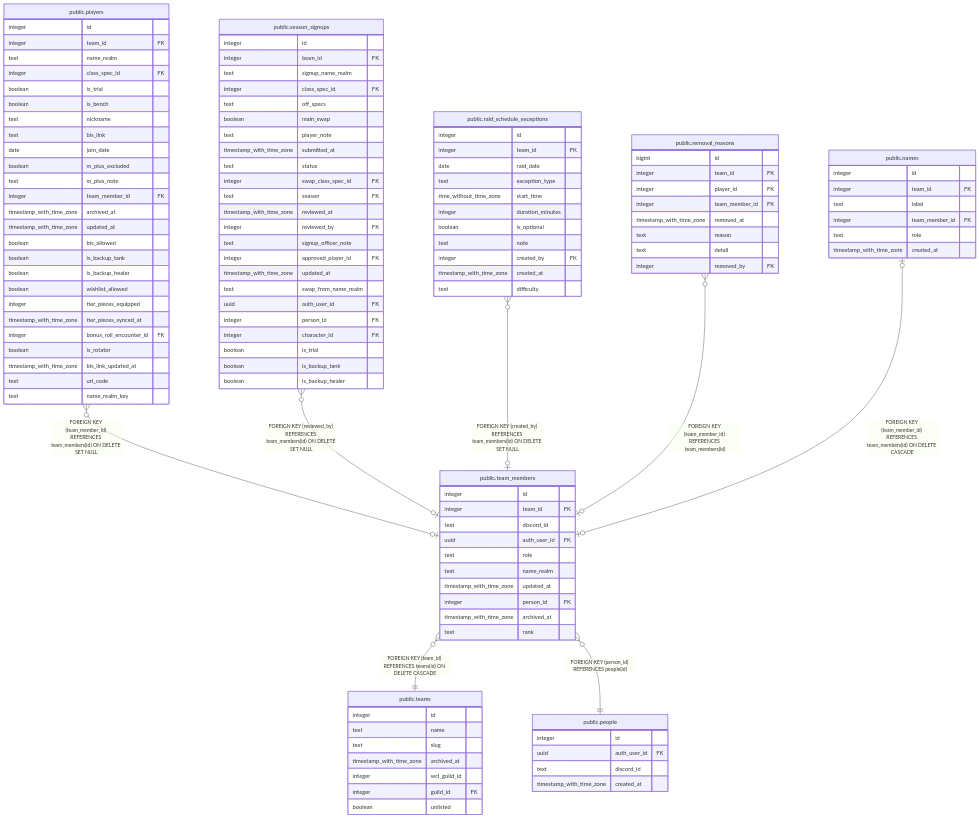
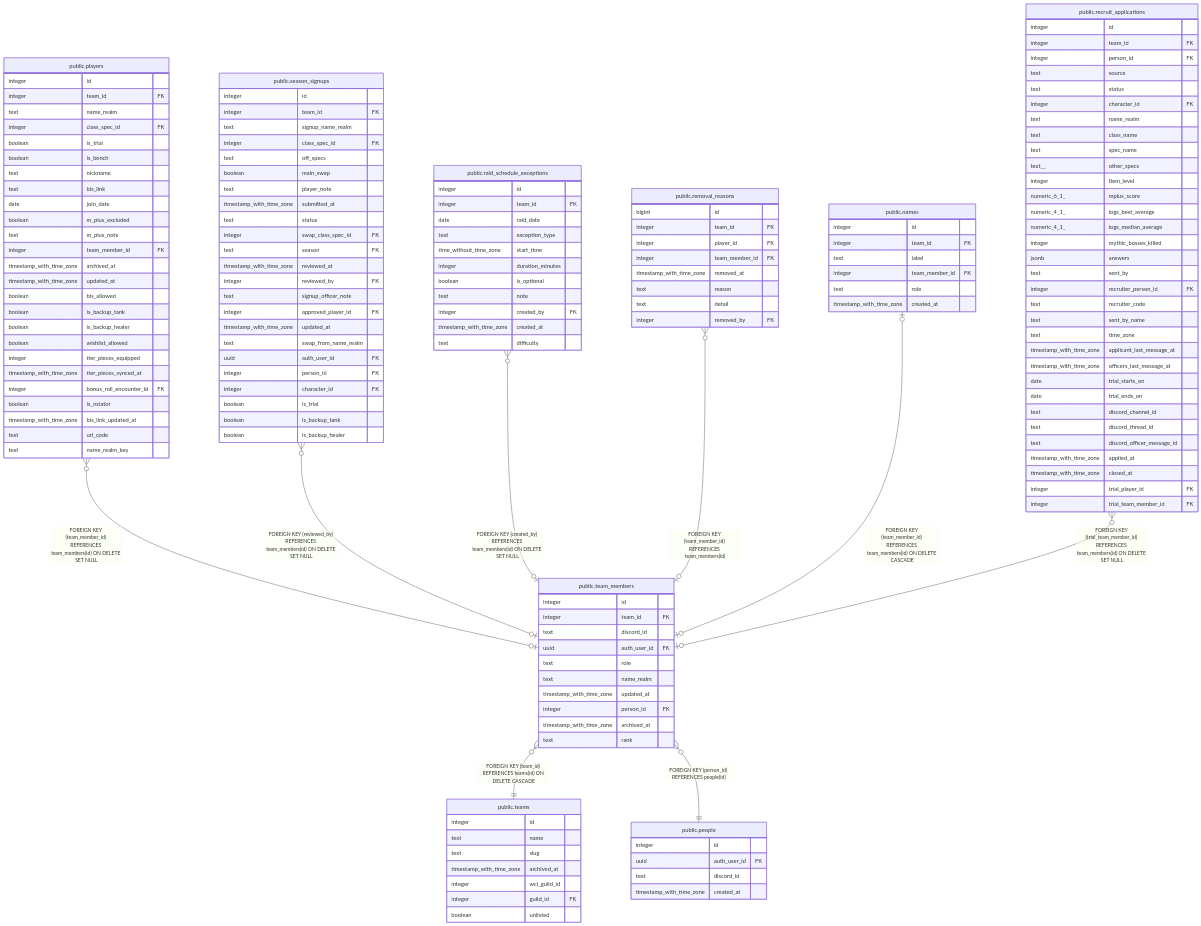
The diagram in dbdoc/public.team_members.md (katogaming88/WGA-Raid-Hub), drawn with Mermaid before and after one commit. The commit also changed other lines of this file and 21 other files, not shown here.

Commit message:
#1793: fresh-agent review: a character no longer theirs goes on unlinked; Not joining ends only the membership the trial made or brought back (trial_team_member_id); membership found by person; site admin and own-record tests

```diff
--- a/dbdoc/public.team_members.md
+++ b/dbdoc/public.team_members.md
@@ -60,6 +60,7 @@
 "public.raid_schedule_exceptions" }o--o| "public.team_members" : "FOREIGN KEY (created_by) REFERENCES team_members(id) ON DELETE SET NULL"
 "public.removal_reasons" }o--o| "public.team_members" : "FOREIGN KEY (team_member_id) REFERENCES team_members(id)"
 "public.names" |o--o| "public.team_members" : "FOREIGN KEY (team_member_id) REFERENCES team_members(id) ON DELETE CASCADE"
+"public.recruit_applications" }o--o| "public.team_members" : "FOREIGN KEY (trial_team_member_id) REFERENCES team_members(id) ON DELETE SET NULL"
 "public.team_members" }o--|| "public.teams" : "FOREIGN KEY (team_id) REFERENCES teams(id) ON DELETE CASCADE"
 "public.team_members" }o--|| "public.people" : "FOREIGN KEY (person_id) REFERENCES people(id)"
 
@@ -158,6 +159,40 @@
   text role
   timestamp_with_time_zone created_at
 }
+"public.recruit_applications" {
+  integer id
+  integer team_id FK
+  integer person_id FK
+  text source
+  text status
+  integer character_id FK
+  text name_realm
+  text class_name
+  text spec_name
+  text__ other_specs
+  integer item_level
+  numeric_6_1_ mplus_score
+  numeric_4_1_ logs_best_average
+  numeric_4_1_ logs_median_average
+  integer mythic_bosses_killed
+  jsonb answers
+  text sent_by
+  integer recruiter_person_id FK
+  text recruiter_code
+  text sent_by_name
+  text time_zone
+  timestamp_with_time_zone applicant_last_message_at
+  timestamp_with_time_zone officers_last_message_at
+  date trial_starts_on
+  date trial_ends_on
+  text discord_channel_id
+  text discord_thread_id
+  text discord_officer_message_id
+  timestamp_with_time_zone applied_at
+  timestamp_with_time_zone closed_at
+  integer trial_player_id FK
+  integer trial_team_member_id FK
+}
 "public.teams" {
   integer id
   text name
```
